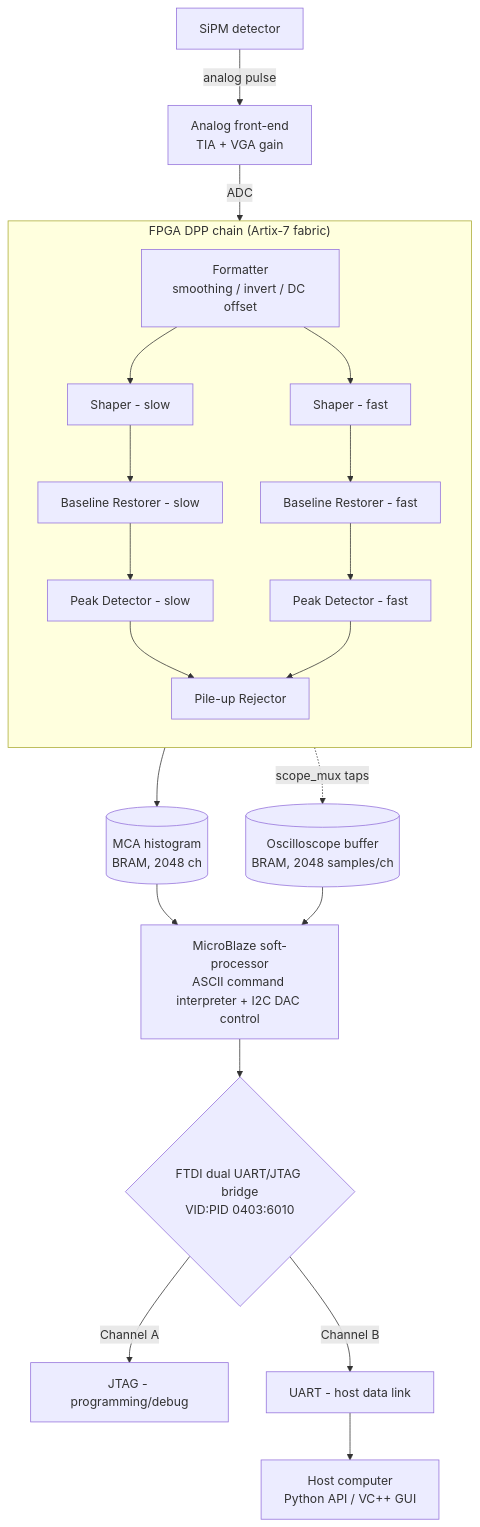
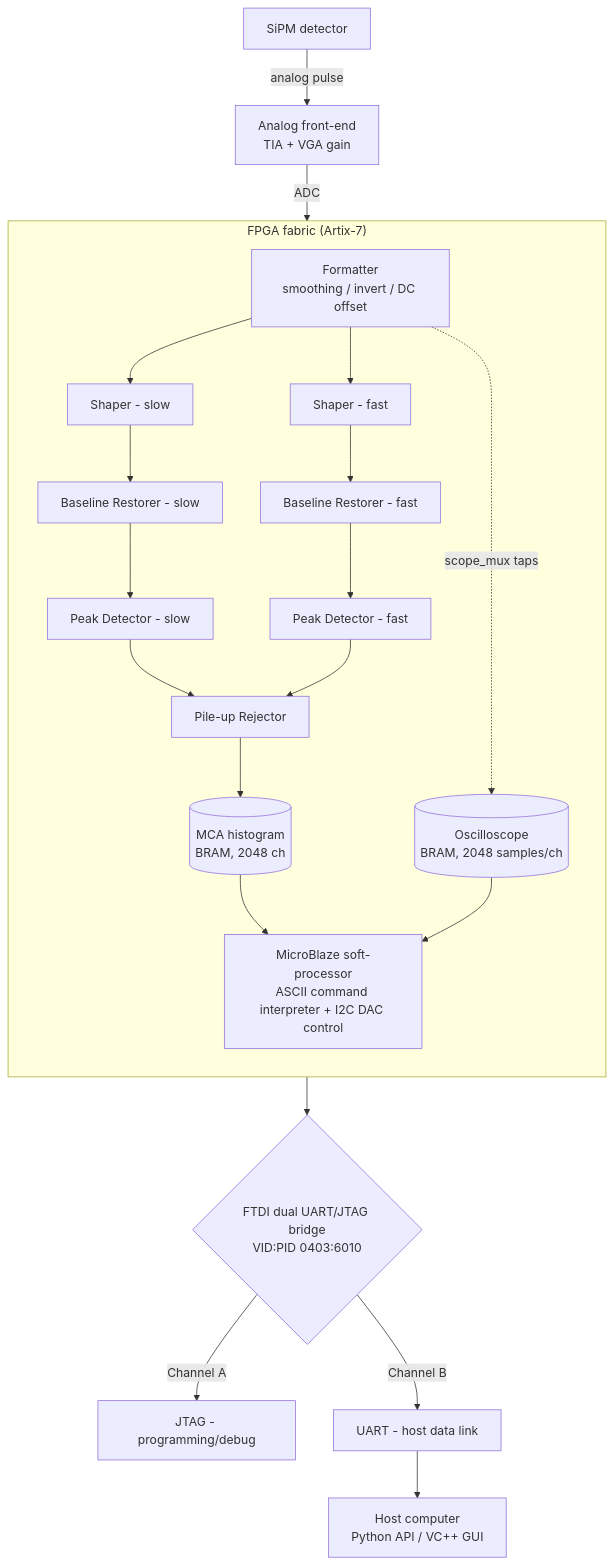
The diagram in README.md (imoralesgt/NSIL-MCA-DPP4SiPM), drawn with Mermaid before and after one commit.

Commit message:
#39: update block diagram in README

````diff
--- a/README.md
+++ b/README.md
@@ -19,29 +19,29 @@
 ```mermaid
 flowchart TD
     DET[SiPM detector] -->|analog pulse| FE["Analog front-end<br/>TIA + VGA gain"]
     FE -->|ADC| FMT
 
-    subgraph DPP["FPGA DPP chain (Artix-7 fabric)"]
+    subgraph FPGA["FPGA fabric (Artix-7)"]
         direction TB
         FMT["Formatter<br/>smoothing / invert / DC offset"] --> SHS["Shaper - slow"]
         FMT --> SHF["Shaper - fast"]
         SHS --> BLRS["Baseline Restorer - slow"]
         SHF --> BLRF["Baseline Restorer - fast"]
         BLRS --> PKS["Peak Detector - slow"]
         BLRF --> PKF["Peak Detector - fast"]
         PKS --> PUR["Pile-up Rejector"]
         PKF --> PUR
+
+        PUR --> MCA[("MCA histogram<br/>BRAM, 2048 ch")]
+        FMT -.->|scope_mux taps| SCOPE[("Oscilloscope<br/>BRAM, 2048 samples/ch")]
+
+        MCA --> MB["MicroBlaze soft-processor<br/>ASCII command interpreter + I2C DAC control"]
+        SCOPE --> MB
     end
-
-    PUR --> MCA[("MCA histogram<br/>BRAM, 2048 ch")]
-    DPP -.->|scope_mux taps| SCOPE[("Oscilloscope buffer<br/>BRAM, 2048 samples/ch")]
-
-    MCA --> MB["MicroBlaze soft-processor<br/>ASCII command interpreter + I2C DAC control"]
-    SCOPE --> MB
 
     MB --> FTDI{"FTDI dual UART/JTAG bridge<br/>VID:PID 0403:6010"}
     FTDI -->|Channel A| JTAG["JTAG - programming/debug"]
     FTDI -->|Channel B| UART["UART - host data link"]
 
     UART --> HOST["Host computer<br/>Python API / VC++ GUI"]
 ```
````
